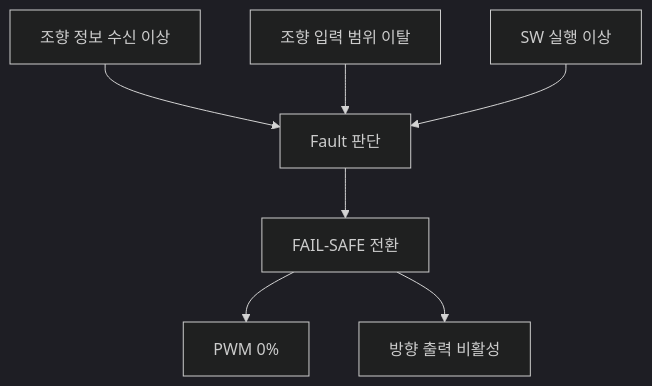
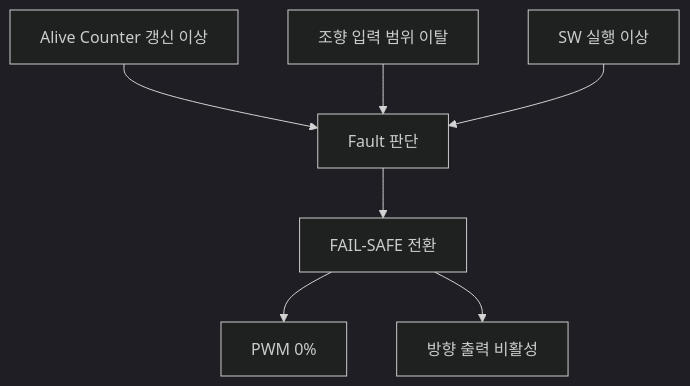
The second of 3 diagrams in iso26262-sbw-failsafe/workproducts/03_SW_Requirements.md (kwangil1245-code/iso26262-sbw-failsafe), drawn with Mermaid (dark theme) before and after one commit. The commit also changed other lines of this file, not shown here.

````diff
--- a/iso26262-sbw-failsafe/workproducts/03_SW_Requirements.md
+++ b/iso26262-sbw-failsafe/workproducts/03_SW_Requirements.md
@@ -187,9 +183,9 @@
 ```mermaid
 flowchart TD
-    A["조향 정보 수신 이상"] --> D["Fault 판단"]
+    A["Alive Counter 갱신 이상"] --> D["Fault 판단"]
     B["조향 입력 범위 이탈"] --> D
     C["SW 실행 이상"] --> D
     D --> E["FAIL-SAFE 전환"]
     E --> F["PWM 0%"]
     E --> G["방향 출력 비활성"]
 ```
````
